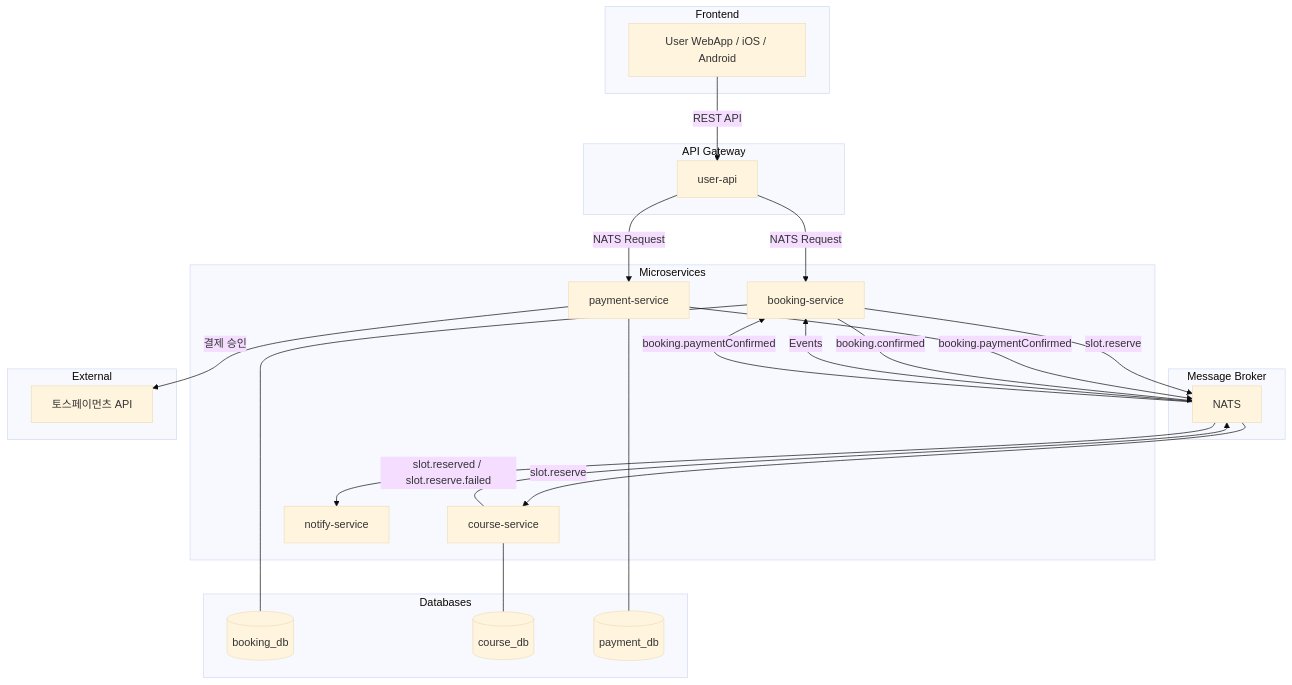
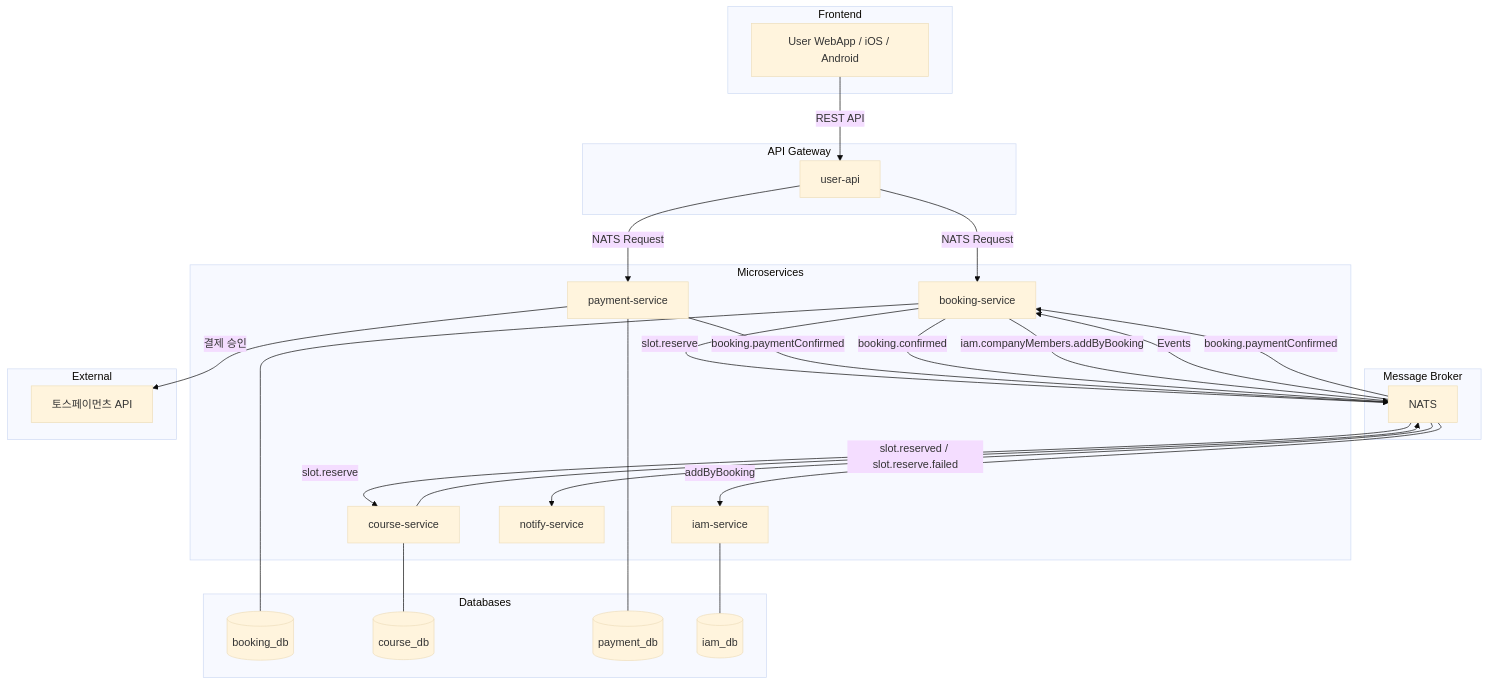
Before and after one commit to uniyous/parkgolf-platform: the first of 12 diagrams in docs/BOOKING_WORKFLOW.md, drawn with Mermaid (base theme). The commit also changed other lines of this file, not shown here.

First line of the commit message:
docs(booking): BOOKING_WORKFLOW.md v3.1 — CompanyMember 자동 등록 반영

````diff
--- a/docs/BOOKING_WORKFLOW.md
+++ b/docs/BOOKING_WORKFLOW.md
@@ -55,47 +56,52 @@
 ```mermaid
 flowchart TB
     subgraph "Frontend"
         A[User WebApp / iOS / Android]
     end
 
     subgraph "API Gateway"
         B[user-api]
     end
 
     subgraph "Microservices"
         C[booking-service]
         D[course-service]
         P[payment-service]
+        IAM[iam-service]
         E[notify-service]
     end
 
     subgraph "Message Broker"
         NATS[NATS]
     end
 
     subgraph "Databases"
         F[(booking_db)]
         G[(course_db)]
         H[(payment_db)]
+        I[(iam_db)]
     end
 
     subgraph "External"
         TOSS[토스페이먼츠 API]
     end
 
     A -->|REST API| B
     B -->|NATS Request| C
     B -->|NATS Request| P
     C -->|slot.reserve| NATS
     NATS -->|slot.reserve| D
     D -->|slot.reserved / slot.reserve.failed| NATS
     NATS -->|Events| C
     P -->|booking.paymentConfirmed| NATS
     NATS -->|booking.paymentConfirmed| C
     C -->|booking.confirmed| NATS
+    C -->|iam.companyMembers.addByBooking| NATS
     NATS --> E
+    NATS -->|addByBooking| IAM
     P -->|결제 승인| TOSS
     C --- F
     D --- G
     P --- H
+    IAM --- I
 ```
````
